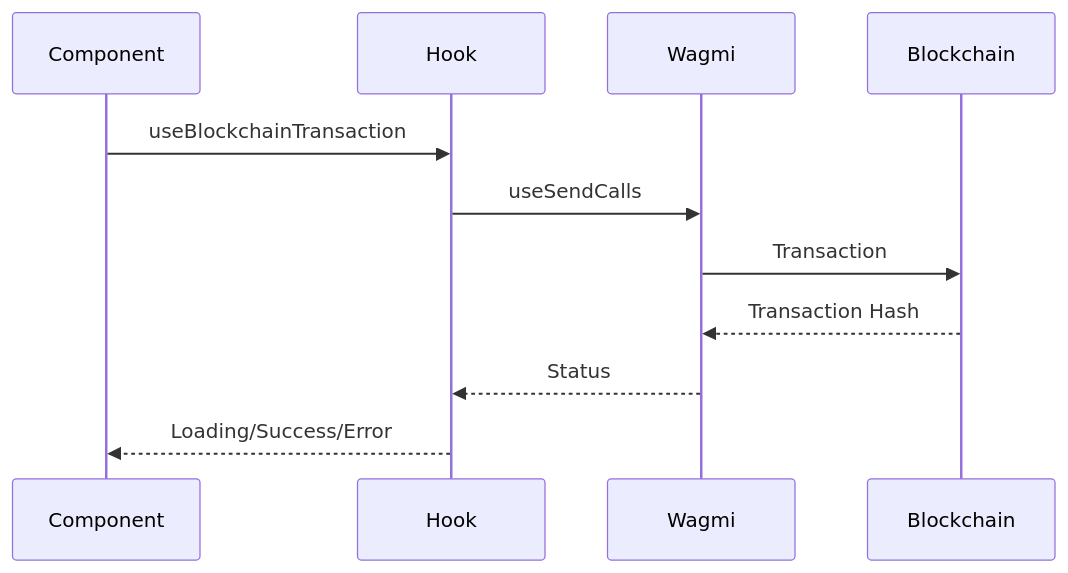
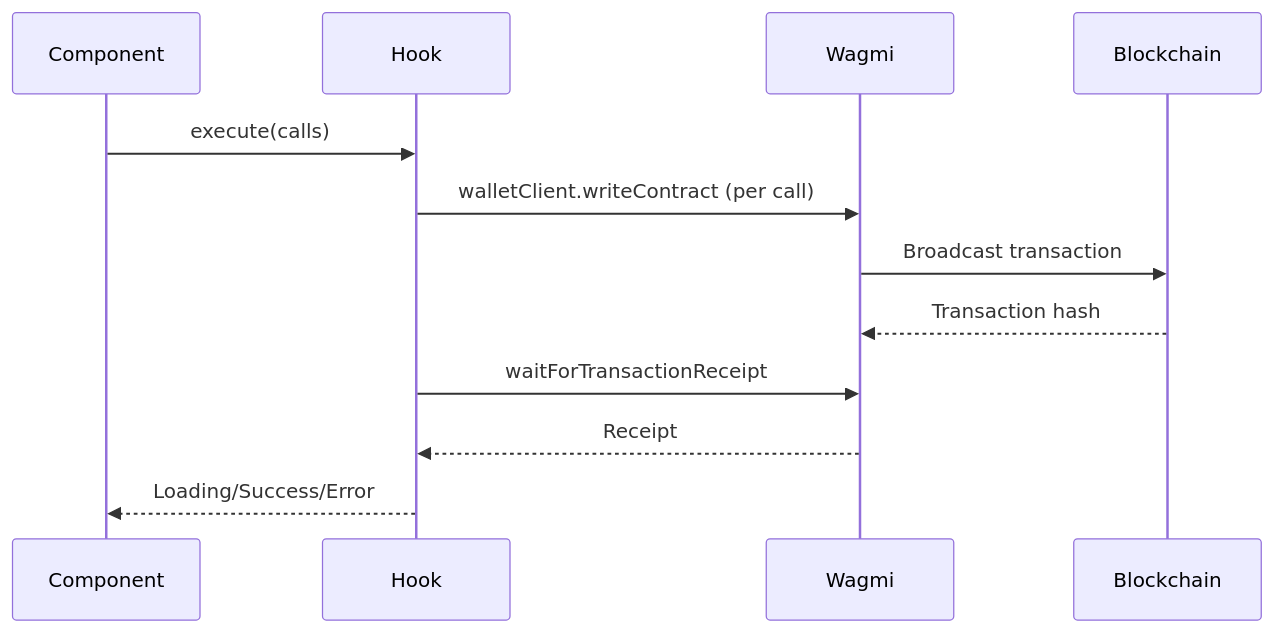
Before and after one commit to MagRelo/cut: the fifth of 5 diagrams in spec/client/architecture.md, drawn with Mermaid. The commit also changed other lines of this file and 62 other files, not shown here.

````diff
--- a/spec/client/architecture.md
+++ b/spec/client/architecture.md
@@ -107,14 +110,15 @@
 ```mermaid
 sequenceDiagram
     participant Component
     participant Hook
     participant Wagmi
     participant Blockchain
     
-    Component->>Hook: useBlockchainTransaction
-    Hook->>Wagmi: useSendCalls
-    Wagmi->>Blockchain: Transaction
-    Blockchain-->>Wagmi: Transaction Hash
-    Wagmi-->>Hook: Status
+    Component->>Hook: execute(calls)
+    Hook->>Wagmi: walletClient.writeContract (per call)
+    Wagmi->>Blockchain: Broadcast transaction
+    Blockchain-->>Wagmi: Transaction hash
+    Hook->>Wagmi: waitForTransactionReceipt
+    Wagmi-->>Hook: Receipt
     Hook-->>Component: Loading/Success/Error
 ```
````
